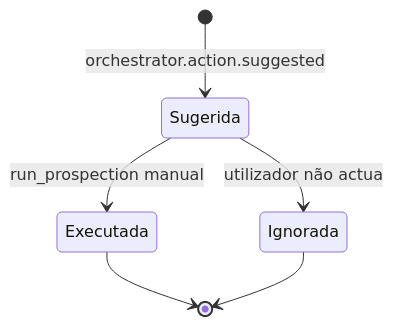
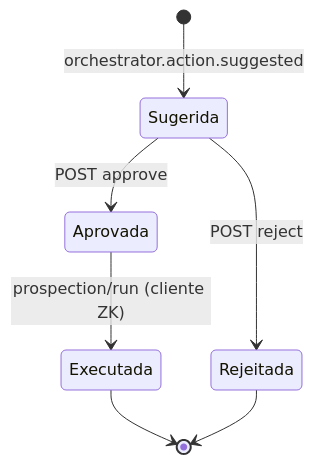
The third of 3 diagrams in docs/roadmap/01-architecture/orchestrator.md (titi-byte-dev/Bunker8888Pass8888), drawn with Mermaid before and after one commit. The commit also changed other lines of this file and 11 other files, not shown here.

````diff
--- a/docs/roadmap/01-architecture/orchestrator.md
+++ b/docs/roadmap/01-architecture/orchestrator.md
@@ -47,8 +49,9 @@
 ```mermaid
 stateDiagram-v2
     [*] --> Sugerida: orchestrator.action.suggested
-    Sugerida --> Ignorada: utilizador não actua
-    Sugerida --> Executada: run_prospection manual
+    Sugerida --> Aprovada: POST approve
+    Sugerida --> Rejeitada: POST reject
+    Aprovada --> Executada: prospection/run (cliente ZK)
     Executada --> [*]
-    Ignorada --> [*]
+    Rejeitada --> [*]
 ```
````
